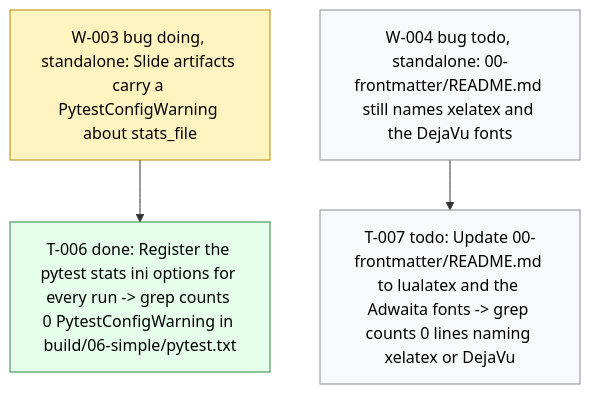
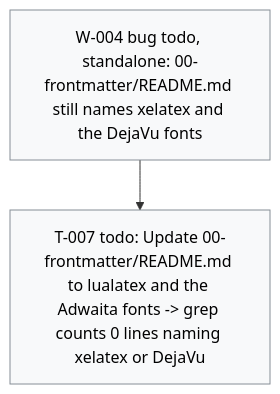
The diagram in .board/BOARD.md (dpopchev/chaos-to-simple), drawn with Mermaid before and after one commit. The commit also changed other lines of this file and 2 other files, not shown here.

````diff
--- a/.board/BOARD.md
+++ b/.board/BOARD.md
@@ -30,15 +35,11 @@
 ```mermaid
 flowchart TD
-  W003["W-003 bug doing, standalone: Slide artifacts carry a PytestConfigWarning about stats_file"]
-  W003 --> T006["T-006 done: Register the pytest stats ini options for every run -> grep counts 0 PytestConfigWarning in build/06-simple/pytest.txt"]
   W004["W-004 bug todo, standalone: 00-frontmatter/README.md still names xelatex and the DejaVu fonts"]
   W004 --> T007["T-007 todo: Update 00-frontmatter/README.md to lualatex and the Adwaita fonts -> grep counts 0 lines naming xelatex or DejaVu"]
   classDef doing fill:#fff3bf,stroke:#b58900,color:#000;
   classDef blocked fill:#ffe3e3,stroke:#c92a2a,color:#000;
   classDef done fill:#e6ffed,stroke:#2b8a3e,color:#000;
   classDef todo fill:#f8f9fa,stroke:#868e96,color:#000;
   classDef pruned fill:#f1f3f5,stroke:#adb5bd,color:#000;
-  class W003 doing
-  class T006 done
   class W004,T007 todo
 ```
````
